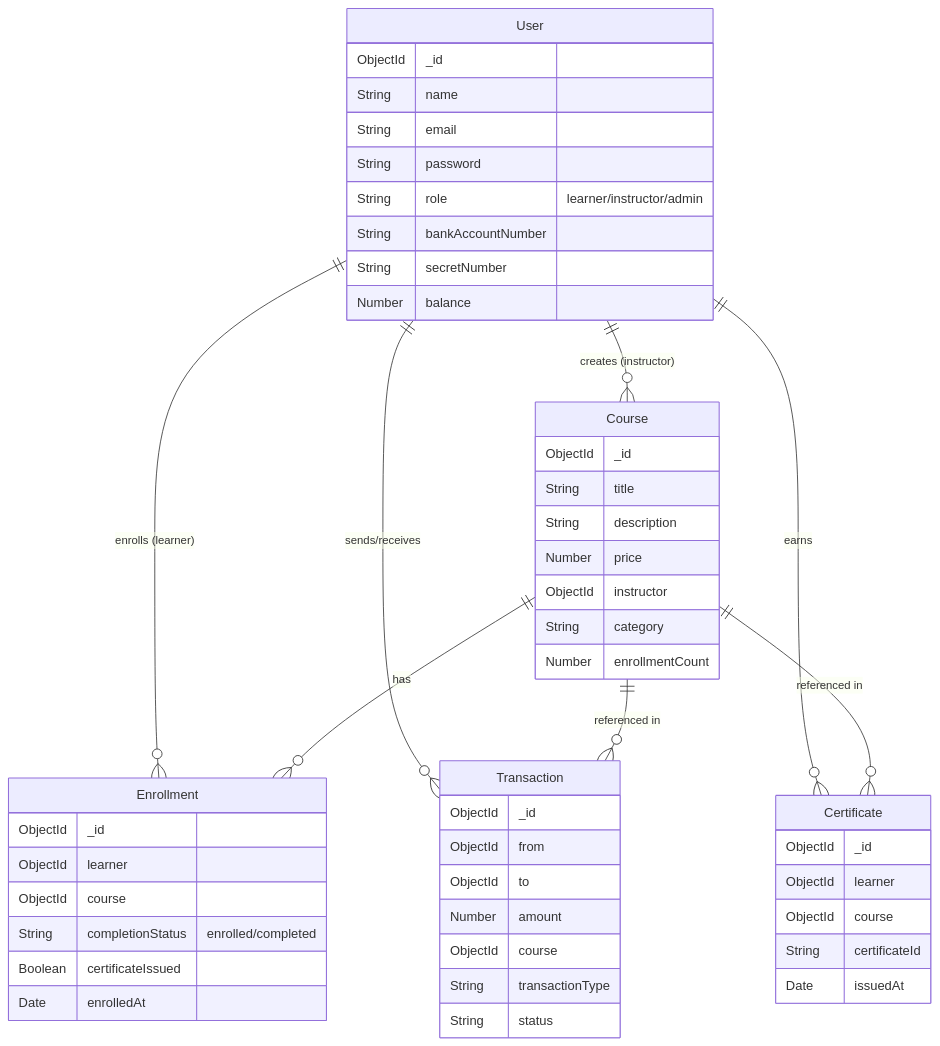
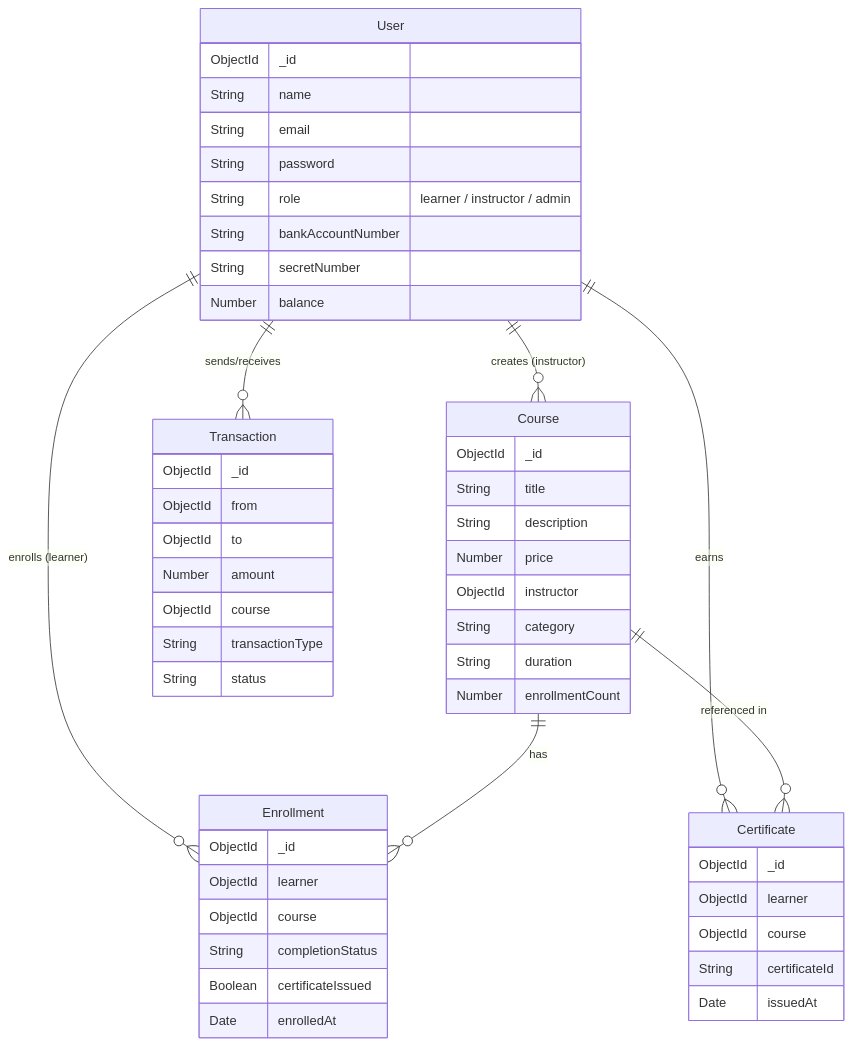
Before and after one commit to rid-coder-70/LMS-Web-Project--2: the diagram in README.md, drawn with Mermaid. The commit also changed other lines of this file and 37 other files, not shown here.

````diff
--- a/README.md
+++ b/README.md
@@ -254,59 +262,54 @@
 ```mermaid
 erDiagram
     User ||--o{ Course : "creates (instructor)"
     User ||--o{ Enrollment : "enrolls (learner)"
     User ||--o{ Transaction : "sends/receives"
     User ||--o{ Certificate : "earns"
-    
     Course ||--o{ Enrollment : "has"
-    Course ||--o{ Transaction : "referenced in"
     Course ||--o{ Certificate : "referenced in"
 
     User {
         ObjectId _id
         String name
         String email
         String password
-        String role "learner/instructor/admin"
+        String role "learner / instructor / admin"
         String bankAccountNumber
         String secretNumber
         Number balance
     }
-
     Course {
         ObjectId _id
         String title
         String description
         Number price
         ObjectId instructor
         String category
+        String duration
         Number enrollmentCount
     }
-
     Enrollment {
         ObjectId _id
         ObjectId learner
         ObjectId course
-        String completionStatus "enrolled/completed"
+        String completionStatus
         Boolean certificateIssued
         Date enrolledAt
     }
-
     Transaction {
         ObjectId _id
         ObjectId from
         ObjectId to
         Number amount
         ObjectId course
         String transactionType
         String status
     }
-
     Certificate {
         ObjectId _id
         ObjectId learner
         ObjectId course
         String certificateId
         Date issuedAt
     }
 ```
````
